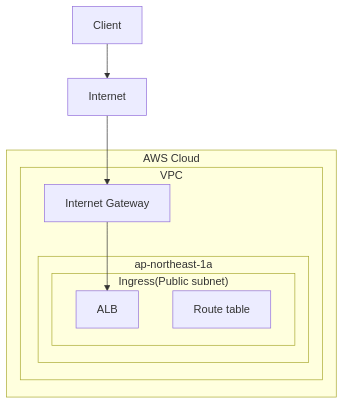
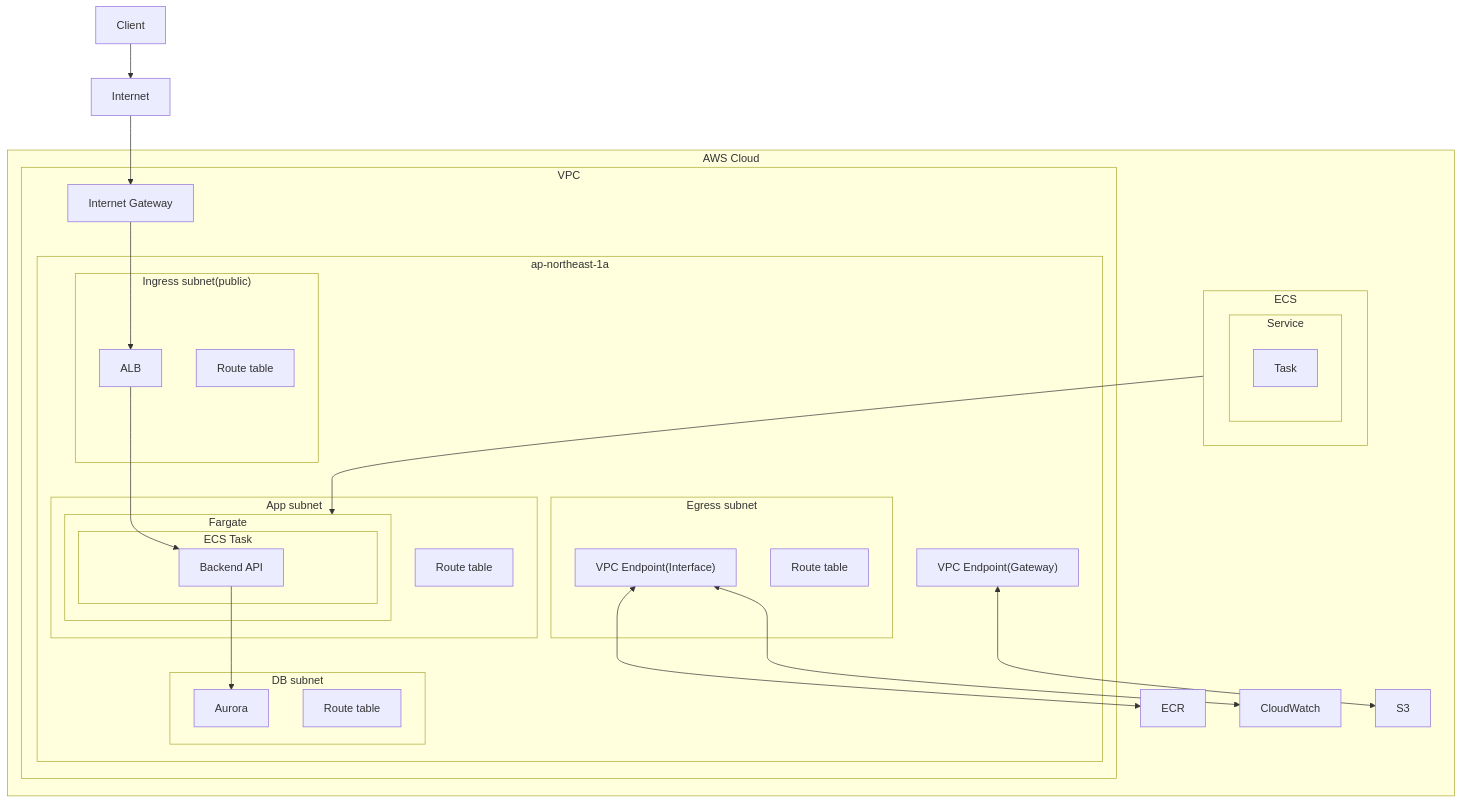
The diagram in infrastructure/cdk/notion-clone/docs/architecture-diagram.md (suimenkathemove/notion-clone), drawn with Mermaid before and after one commit. The commit also changed 23 other files, not shown here.

````diff
--- a/infrastructure/cdk/notion-clone/docs/architecture-diagram.md
+++ b/infrastructure/cdk/notion-clone/docs/architecture-diagram.md
@@ -3,19 +3,51 @@
 ```mermaid
 flowchart TB
 
-Client --> Internet
-Internet --> internet-gateway
-internet-gateway --> ALB
+Client -->
+Internet -->
+internet-gateway -->
+ALB -->
+backend-api -->
+Aurora
+egress-vpc-endpoint <--> ECR
+egress-vpc-endpoint <--> CloudWatch
+gateway-vpc-endpoint <--> S3
+ECS --> Fargate
 
 subgraph aws-cloud[AWS Cloud]
   subgraph vpc[VPC]
     internet-gateway[Internet Gateway]
     subgraph ap-northeast-1a
-      subgraph ingress["Ingress(Public subnet)"]
+      subgraph ingress-subnet["Ingress subnet(public)"]
         ALB
-        route-table[Route table]
+        ingress-route-table[Route table]
       end
+      subgraph app-subnet[App subnet]
+        subgraph Fargate
+          subgraph ecs-task[ECS Task]
+            backend-api[Backend API]
+          end
+        end
+        app-route-table[Route table]
+      end
+      subgraph db-subnet[DB subnet]
+        Aurora
+        db-route-table[Route table]
+      end
+      subgraph egress-subnet[Egress subnet]
+        egress-vpc-endpoint["VPC Endpoint(Interface)"]
+        egress-route-table[Route table]
+      end
+      gateway-vpc-endpoint["VPC Endpoint(Gateway)"]
+    end
+  end
+  ECR
+  CloudWatch
+  S3
+  subgraph ECS
+    subgraph Service
+      Task
     end
   end
 end
 ```
````
